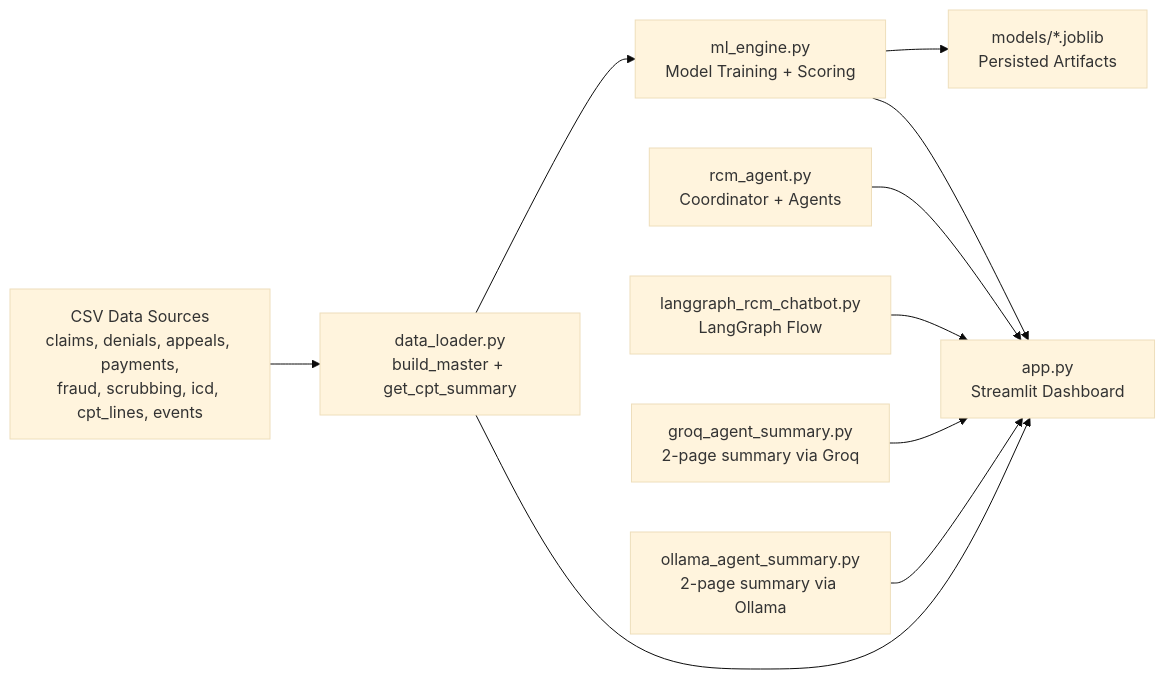
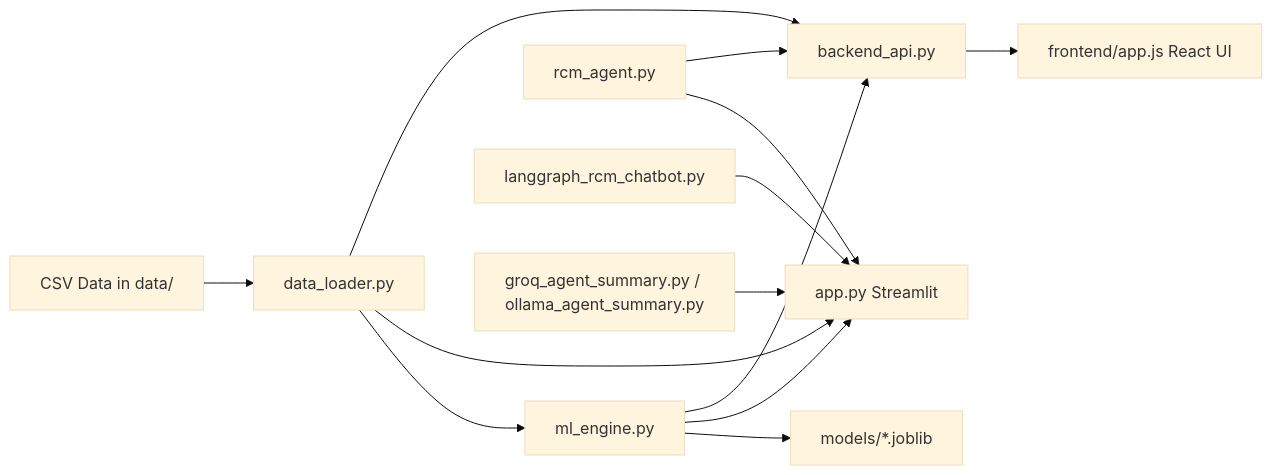
Before and after one commit to pranaya-mathur/rcm_agent: the first of 2 diagrams in README.md, drawn with Mermaid (base theme). The commit also changed other lines of this file, not shown here.

First line of the commit message:
Update README to match current prototype and run flow.

````diff
--- a/README.md
+++ b/README.md
@@ -17,12 +39,15 @@
 ```mermaid
 flowchart LR
-    A[CSV Data Sources<br/>claims, denials, appeals, payments,<br/>fraud, scrubbing, icd, cpt_lines, events] --> B[data_loader.py<br/>build_master + get_cpt_summary]
-    B --> C[ml_engine.py<br/>Model Training + Scoring]
-    C --> D[models/*.joblib<br/>Persisted Artifacts]
-    B --> E[app.py<br/>Streamlit Dashboard]
+    A[CSV Data in data/] --> B[data_loader.py]
+    B --> C[ml_engine.py]
+    C --> D[models/*.joblib]
+    B --> E[app.py Streamlit]
     C --> E
-    F[rcm_agent.py<br/>Coordinator + Agents] --> E
-    G[langgraph_rcm_chatbot.py<br/>LangGraph Flow] --> E
-    H[groq_agent_summary.py<br/>2-page summary via Groq] --> E
-    I[ollama_agent_summary.py<br/>2-page summary via Ollama] --> E
+    F[rcm_agent.py] --> E
+    G[langgraph_rcm_chatbot.py] --> E
+    H[groq_agent_summary.py / ollama_agent_summary.py] --> E
+    B --> I[backend_api.py]
+    C --> I
+    F --> I
+    I --> J[frontend/app.js React UI]
 ```
````
